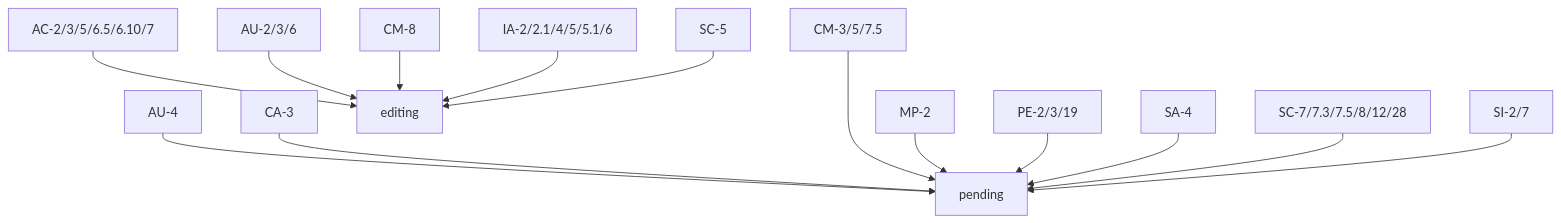
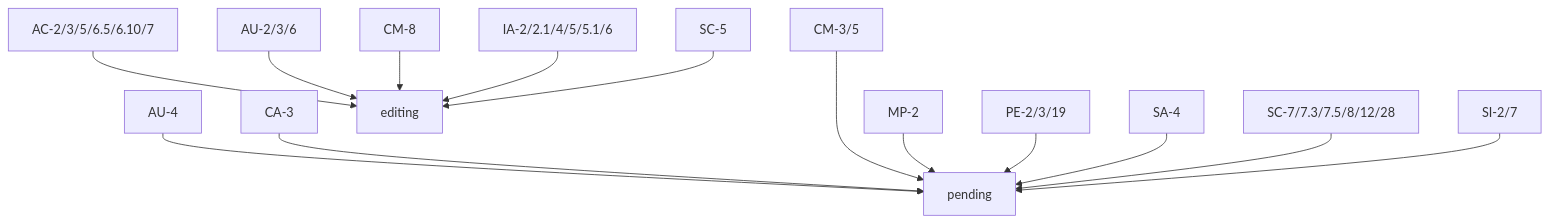
The second of 2 diagrams in docs/google-cloud-security-controls.md (GoogleCloudPlatform/pbmm-on-gcp-onboarding), drawn with Mermaid before and after one commit. The commit also changed other lines of this file, not shown here.

````diff
--- a/docs/google-cloud-security-controls.md
+++ b/docs/google-cloud-security-controls.md
@@ -49,25 +49,25 @@
 ```mermaid
 graph TD;
     AU-4-->pending;
     CA-3-->pending;
-    CM-3/5/7.5--->pending;
+    CM-3/5--->pending;
     
     AC-2/3/5/6.5/6.10/7-->editing;
 
     AU-2/3/6-->editing;
 
     CM-8-->editing;
 
     IA-2/2.1/4/5/5.1/6-->editing;
     
     MP-2-->pending;
     PE-2/3/19-->pending;
     
     SA-4-->pending;
     SC-7/7.3/7.5/8/12/28-->pending;
     
     SC-5-->editing;
     
     SI-2/7-->pending;
 
 ```
````
